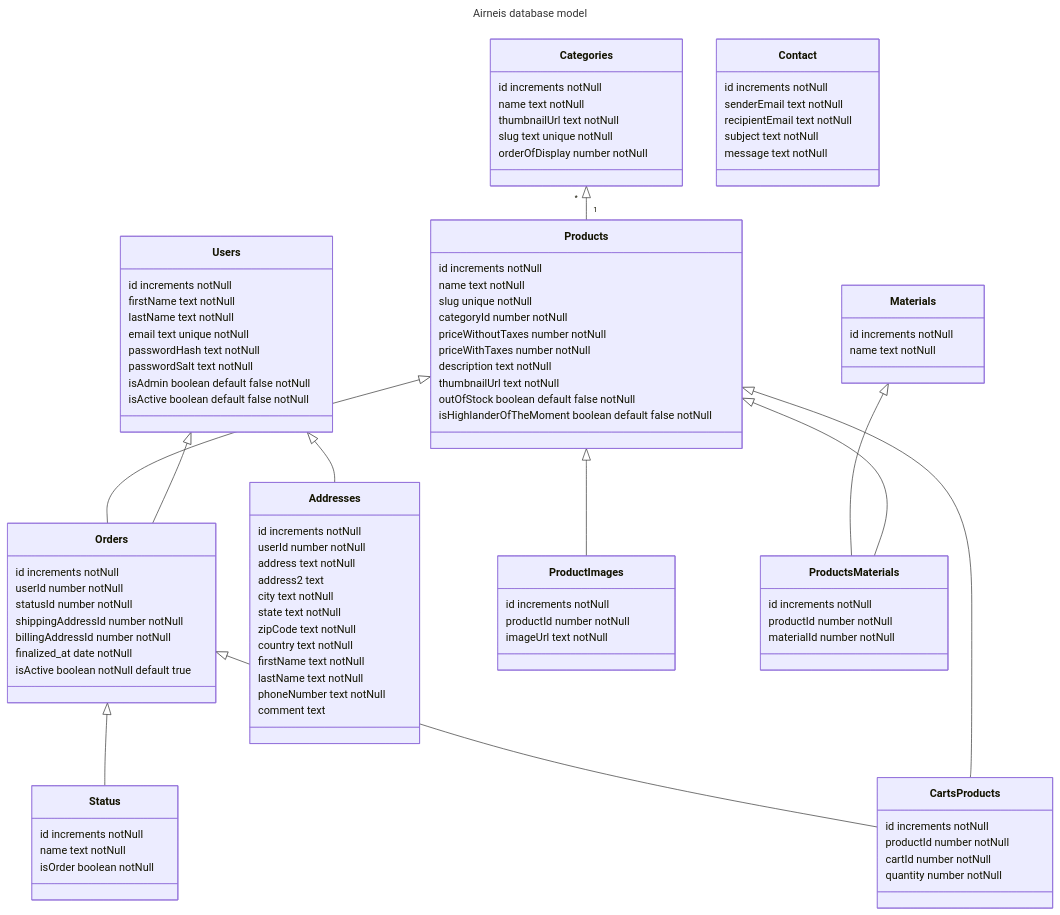
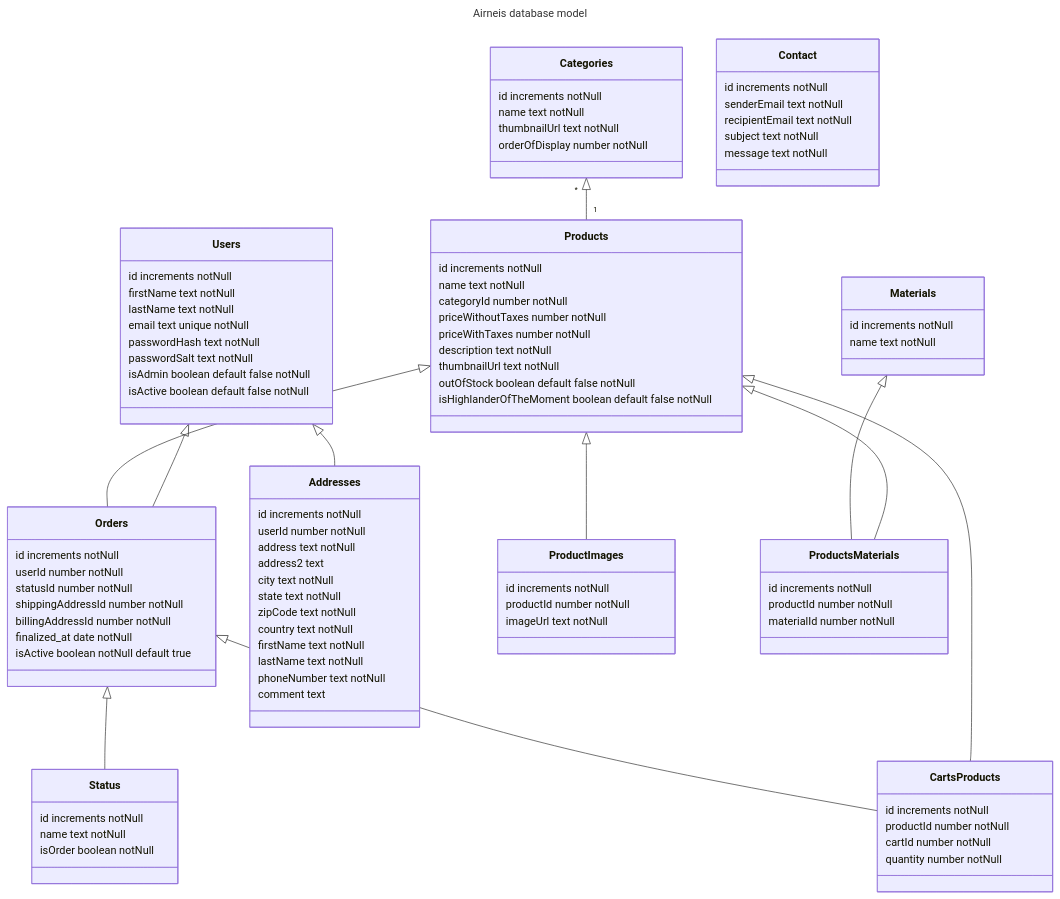
The diagram in docs/database/readme.md (KrispyTech/airneis), drawn with Mermaid before and after one commit. The commit also changed other lines of this file, not shown here.

```diff
--- a/docs/database/readme.md
+++ b/docs/database/readme.md
@@ -33,14 +33,12 @@
     id increments notNull
     name text notNull
     thumbnailUrl text notNull
-    slug text unique notNull
     orderOfDisplay number notNull
 }
 
 class Products {
     id increments notNull
     name text notNull
-    slug unique notNull
     categoryId number notNull
     priceWithoutTaxes number notNull
     priceWithTaxes number notNull
```
